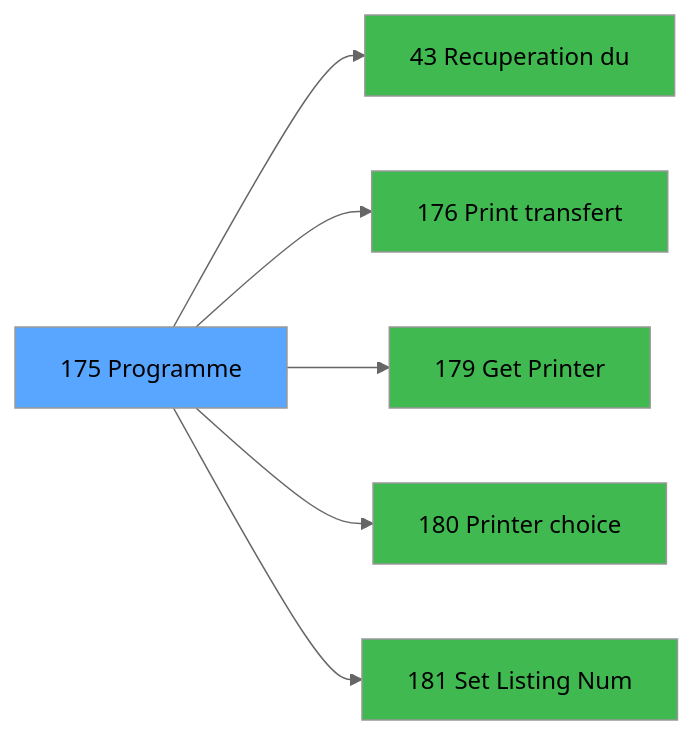
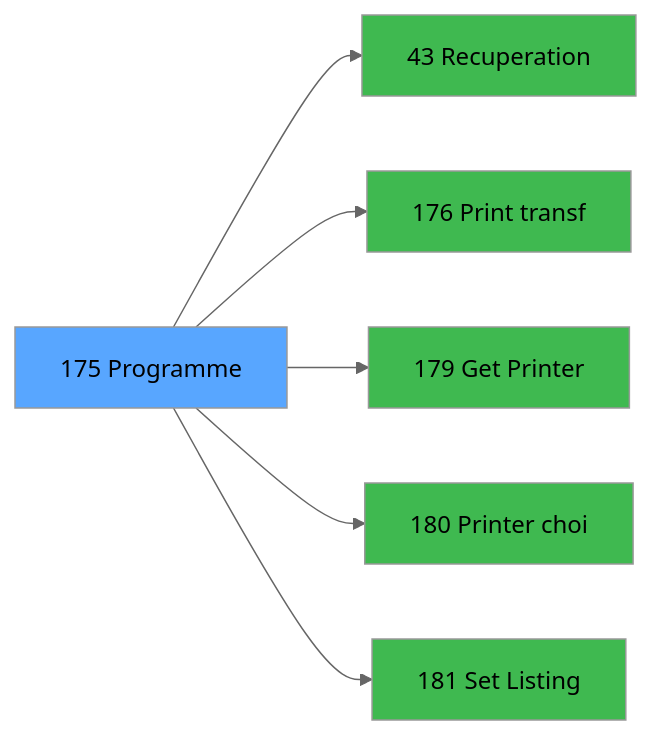
The third of 3 diagrams in .openspec/specs/ADH-IDE-175.md (thonyAGP/magic-migration), drawn with Mermaid (neutral theme) before and after one commit. The commit also changed other lines of this file and 323 other files, not shown here.

````diff
--- a/.openspec/specs/ADH-IDE-175.md
+++ b/.openspec/specs/ADH-IDE-175.md
@@ -116,20 +126,20 @@
 ```mermaid
 graph LR
     T[175 Programme]
-    C43[43 Recuperation du]
+    C43[43 Recuperation]
     T --> C43
-    C176[176 Print transfert]
+    C176[176 Print transf]
     T --> C176
     C179[179 Get Printer]
     T --> C179
-    C180[180 Printer choice]
+    C180[180 Printer choi]
     T --> C180
-    C181[181 Set Listing Num]
+    C181[181 Set Listing ]
     T --> C181
     style T fill:#58a6ff,color:#000
     style C43 fill:#3fb950
     style C176 fill:#3fb950
     style C179 fill:#3fb950
     style C180 fill:#3fb950
     style C181 fill:#3fb950
 ```
````
